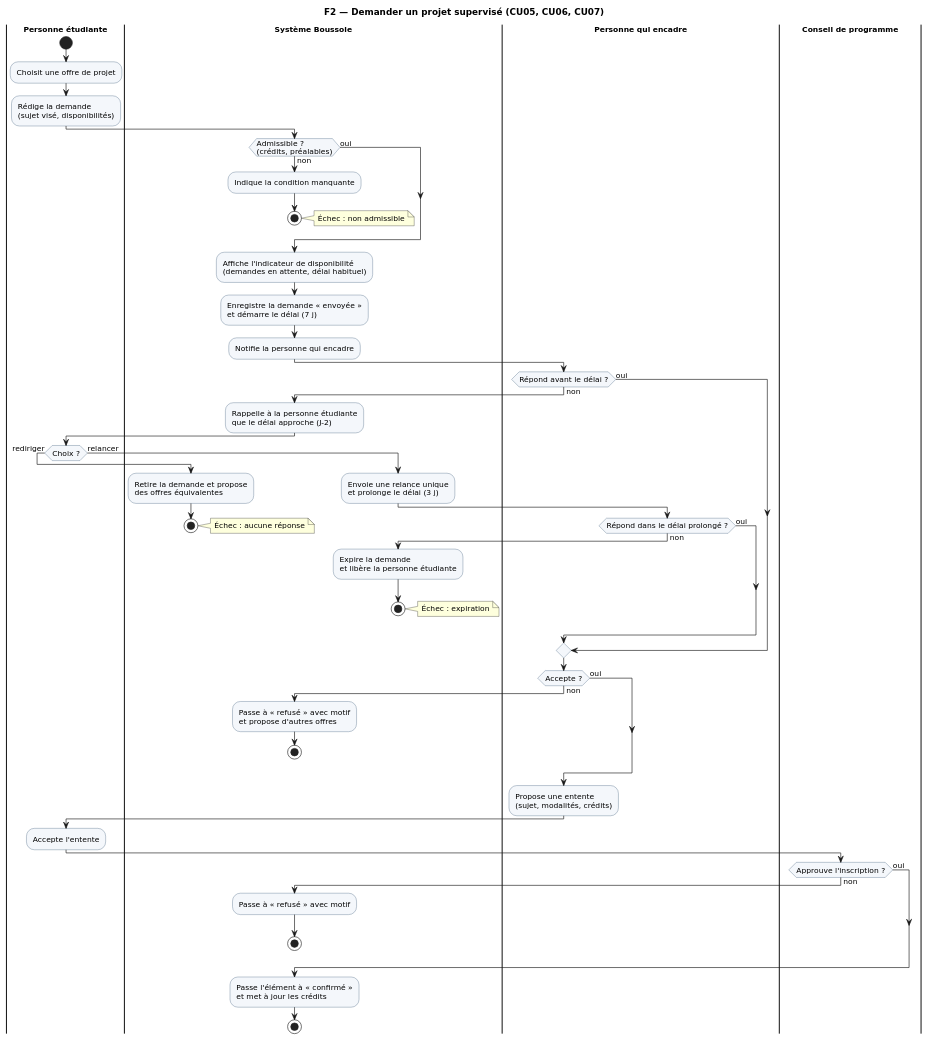
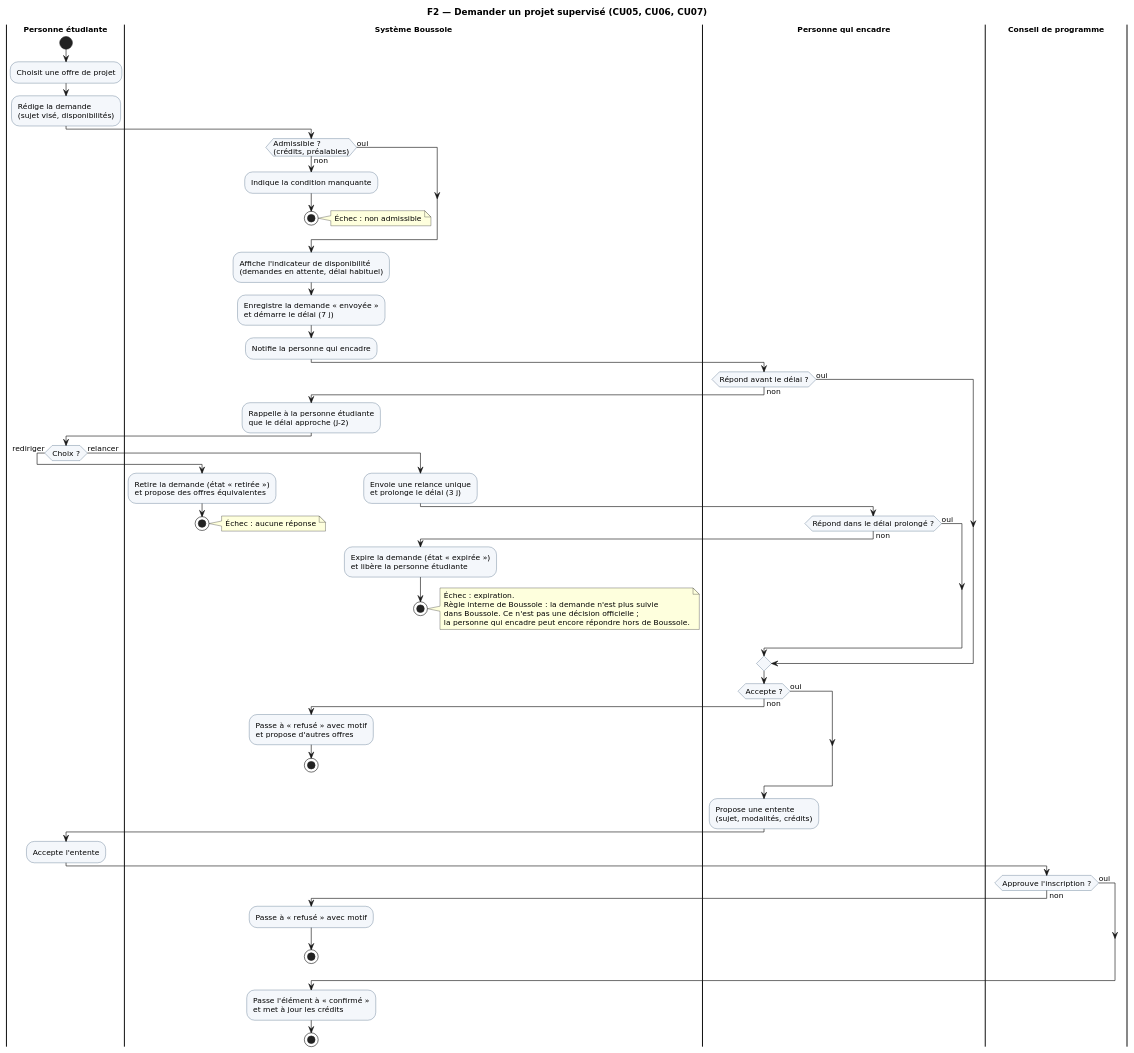
Before and after one commit to sndsbst-bit/IFT1225Projet: the diagram in docs/diagrammes/A2-F2-demande-projet.puml, drawn with PlantUML. The commit also changed 14 other files, not shown here.

Commit message:
Phase 2 : révision des diagrammes de la phase 1

```diff
--- a/docs/diagrammes/A2-F2-demande-projet.puml
+++ b/docs/diagrammes/A2-F2-demande-projet.puml
@@ -1,68 +1,74 @@
 @startuml A2-F2-demande-projet
+' Révision phase 2 (retour de la correctrice) : « retirée » et « expirée » sont des états internes de Boussole.
 skinparam defaultFontName DejaVu Sans
 skinparam defaultFontSize 12
 skinparam shadowing false
 skinparam ActivityBackgroundColor #F4F7FB
 skinparam ActivityBorderColor #2F4F6F
 skinparam SwimlaneTitleFontStyle bold
 title F2 — Demander un projet supervisé (CU05, CU06, CU07)
 |Personne étudiante|
 start
 :Choisit une offre de projet;
 :Rédige la demande\n(sujet visé, disponibilités);
 |Système Boussole|
 if (Admissible ?\n(crédits, préalables)) then (non)
   :Indique la condition manquante;
   stop
   note right: Échec : non admissible
 else (oui)
 endif
 :Affiche l'indicateur de disponibilité\n(demandes en attente, délai habituel);
 :Enregistre la demande « envoyée »\net démarre le délai (7 j);
 :Notifie la personne qui encadre;
 |Personne qui encadre|
 if (Répond avant le délai ?) then (non)
   |Système Boussole|
   :Rappelle à la personne étudiante\nque le délai approche (J-2);
   |Personne étudiante|
   if (Choix ?) then (rediriger)
     |Système Boussole|
-    :Retire la demande et propose\ndes offres équivalentes;
+    :Retire la demande (état « retirée »)\net propose des offres équivalentes;
     stop
     note right: Échec : aucune réponse
   else (relancer)
     |Système Boussole|
     :Envoie une relance unique\net prolonge le délai (3 j);
     |Personne qui encadre|
     if (Répond dans le délai prolongé ?) then (non)
       |Système Boussole|
-      :Expire la demande\net libère la personne étudiante;
+      :Expire la demande (état « expirée »)\net libère la personne étudiante;
       stop
-      note right: Échec : expiration
+      note right
+        Échec : expiration.
+        Règle interne de Boussole : la demande n'est plus suivie
+        dans Boussole. Ce n'est pas une décision officielle ;
+        la personne qui encadre peut encore répondre hors de Boussole.
+      end note
     else (oui)
     endif
   endif
 else (oui)
 endif
 |Personne qui encadre|
 if (Accepte ?) then (non)
   |Système Boussole|
   :Passe à « refusé » avec motif\net propose d'autres offres;
   stop
 else (oui)
 endif
 |Personne qui encadre|
 :Propose une entente\n(sujet, modalités, crédits);
 |Personne étudiante|
 :Accepte l'entente;
 |Conseil de programme|
 if (Approuve l'inscription ?) then (non)
   |Système Boussole|
   :Passe à « refusé » avec motif;
   stop
 else (oui)
 endif
 |Système Boussole|
 :Passe l'élément à « confirmé »\net met à jour les crédits;
 stop
 @enduml
```
